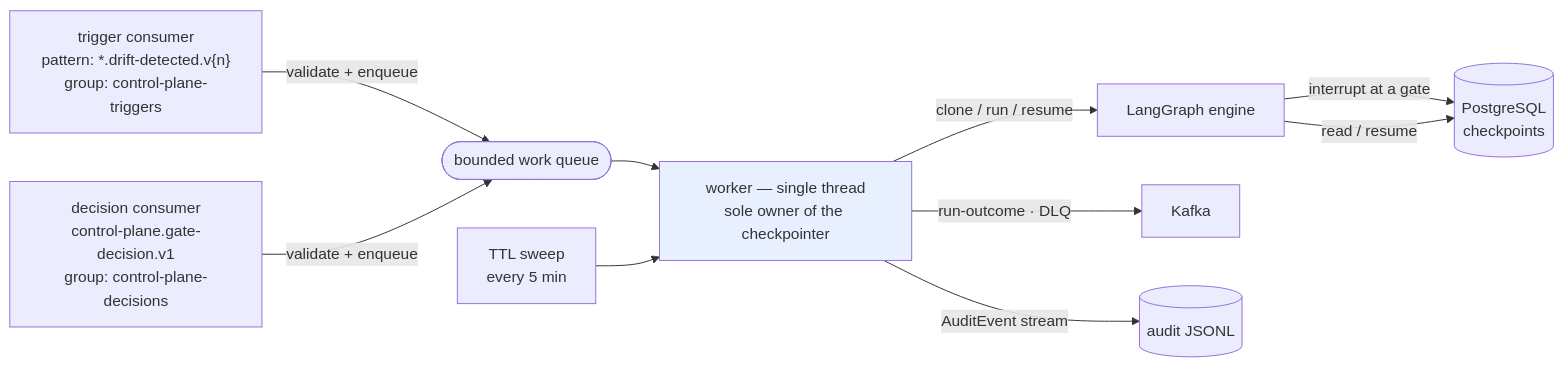
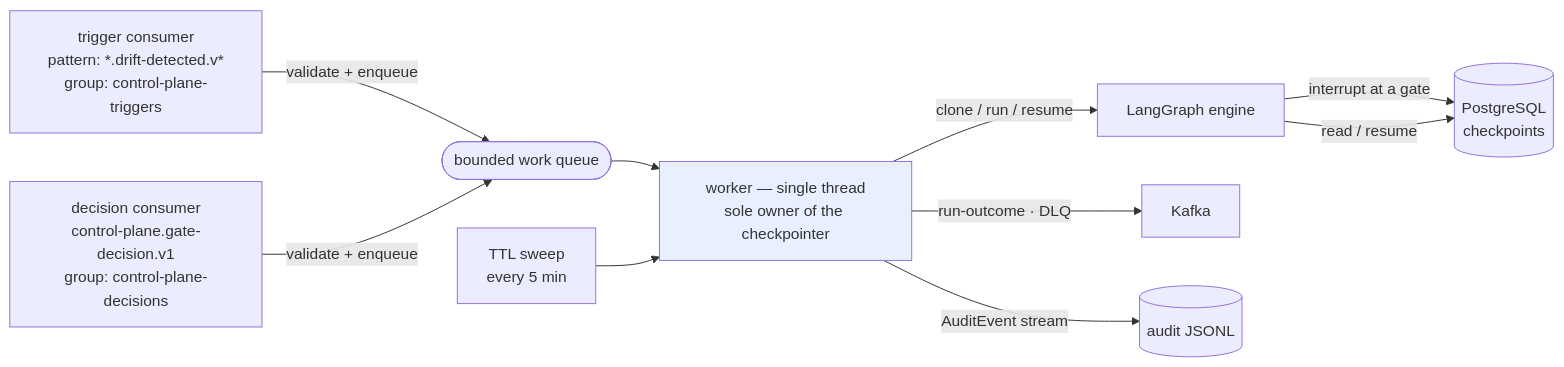
The second of 4 diagrams in docs/system-design.md (jayakumard10/agentic-sdlc-control-plane), drawn with Mermaid before and after one commit. The commit also changed other lines of this file and 1 other file, not shown here.

First line of the commit message:
Fix diagrams rendering broken on GitHub

````diff
--- a/docs/system-design.md
+++ b/docs/system-design.md
@@ -197,14 +201,14 @@
 ```mermaid
 flowchart LR
-    T["trigger consumer<br/>pattern: *.drift-detected.v{n}<br/>group: control-plane-triggers"] -- "validate + enqueue" --> Q(["bounded work queue"])
+    T["trigger consumer<br/>pattern: *.drift-detected.v*<br/>group: control-plane-triggers"] -- "validate + enqueue" --> Q(["bounded work queue"])
     D["decision consumer<br/>control-plane.gate-decision.v1<br/>group: control-plane-decisions"] -- "validate + enqueue" --> Q
     Q --> W["worker — single thread<br/>sole owner of the checkpointer"]
     W -- "clone / run / resume" --> G["LangGraph engine"]
     G -- "interrupt at a gate" --> PG[("PostgreSQL<br/>checkpoints")]
     G -- "read / resume" --> PG
     W -- "run-outcome · DLQ" --> K["Kafka"]
     W -- "AuditEvent stream" --> A[("audit JSONL")]
     S["TTL sweep<br/>every 5 min"] --> W
 
     style W fill:#e8f0ff
 ```
````
